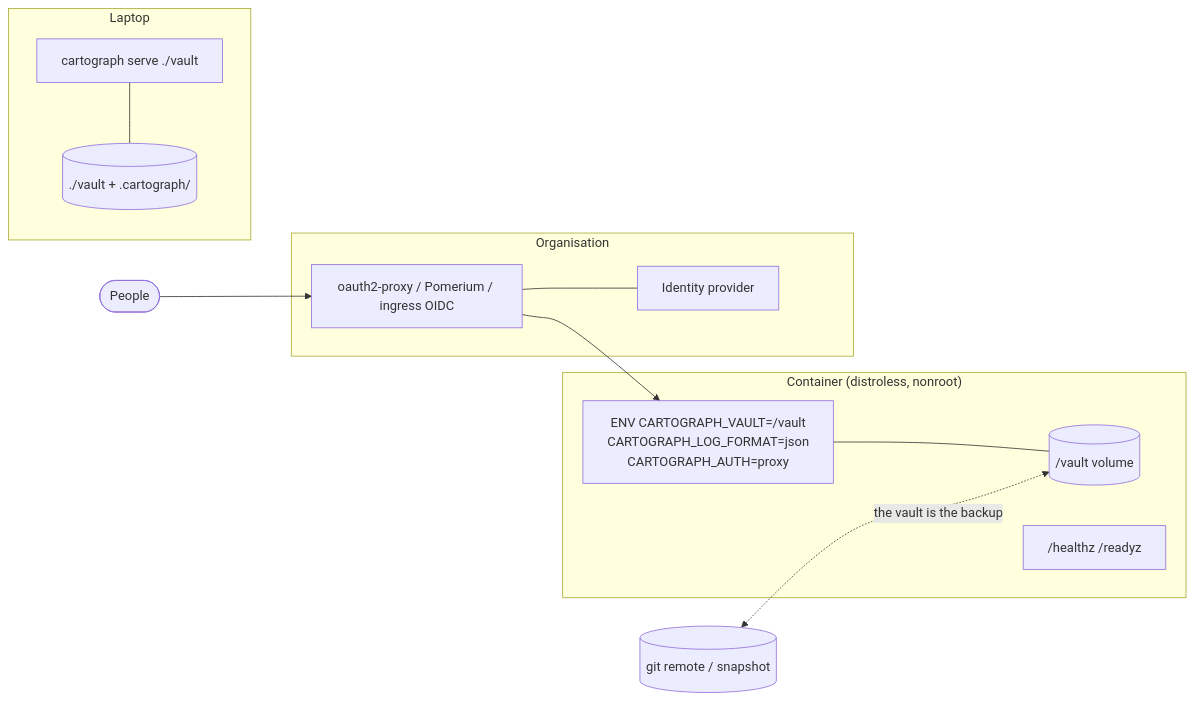
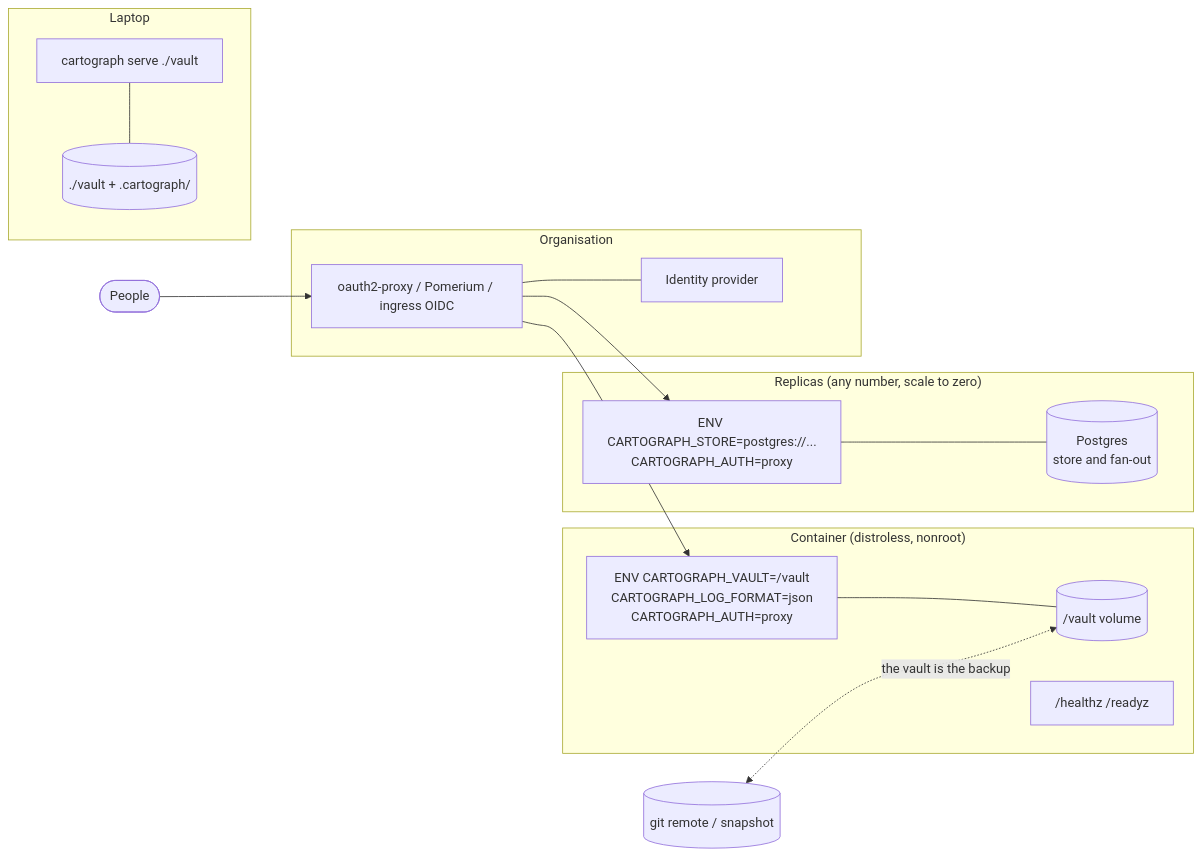
The ninth of 9 diagrams in docs/ARCHITECTURE.md (ProjectCartograph/cartograph-engine), drawn with Mermaid before and after one commit. The commit also changed other lines of this file and 9 other files, not shown here.

````diff
--- a/docs/ARCHITECTURE.md
+++ b/docs/ARCHITECTURE.md
@@ -582,21 +630,27 @@
 ```mermaid
 flowchart LR
     subgraph laptop["Laptop"]
         l1["cartograph serve ./vault"]
         l2[("./vault + .cartograph/")]
         l1 --- l2
     end
     subgraph container["Container (distroless, nonroot)"]
         c1["ENV CARTOGRAPH_VAULT=/vault<br/>CARTOGRAPH_LOG_FORMAT=json<br/>CARTOGRAPH_AUTH=proxy"]
         c2[("/vault volume")]
         c3["/healthz /readyz"]
         c1 --- c2
     end
+    subgraph replicas["Replicas (any number, scale to zero)"]
+        r1["ENV CARTOGRAPH_STORE=postgres://...<br/>CARTOGRAPH_AUTH=proxy"]
+        r2[("Postgres<br/>store and fan-out")]
+        r1 --- r2
+    end
     subgraph org["Organisation"]
         p["oauth2-proxy / Pomerium / ingress OIDC"]
         idp["Identity provider"]
         p --- idp
     end
     users(["People"]) --> p --> c1
+    p --> r1
     backup[("git remote / snapshot")] <-. "the vault is the backup" .-> c2
 ```
````
